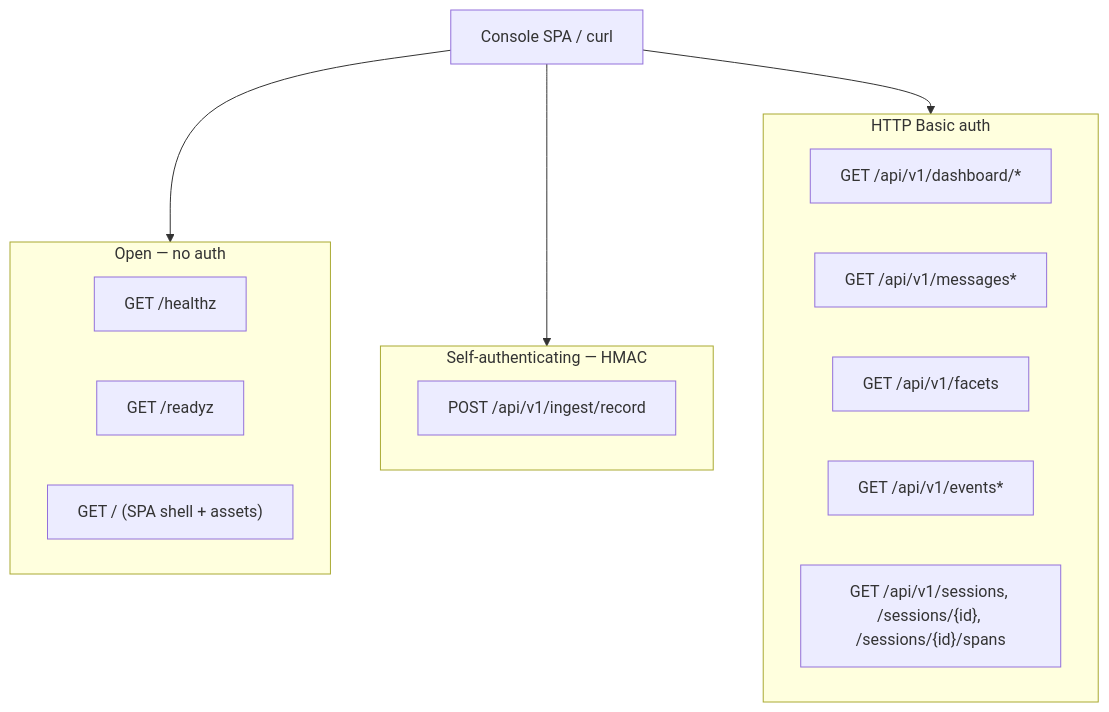
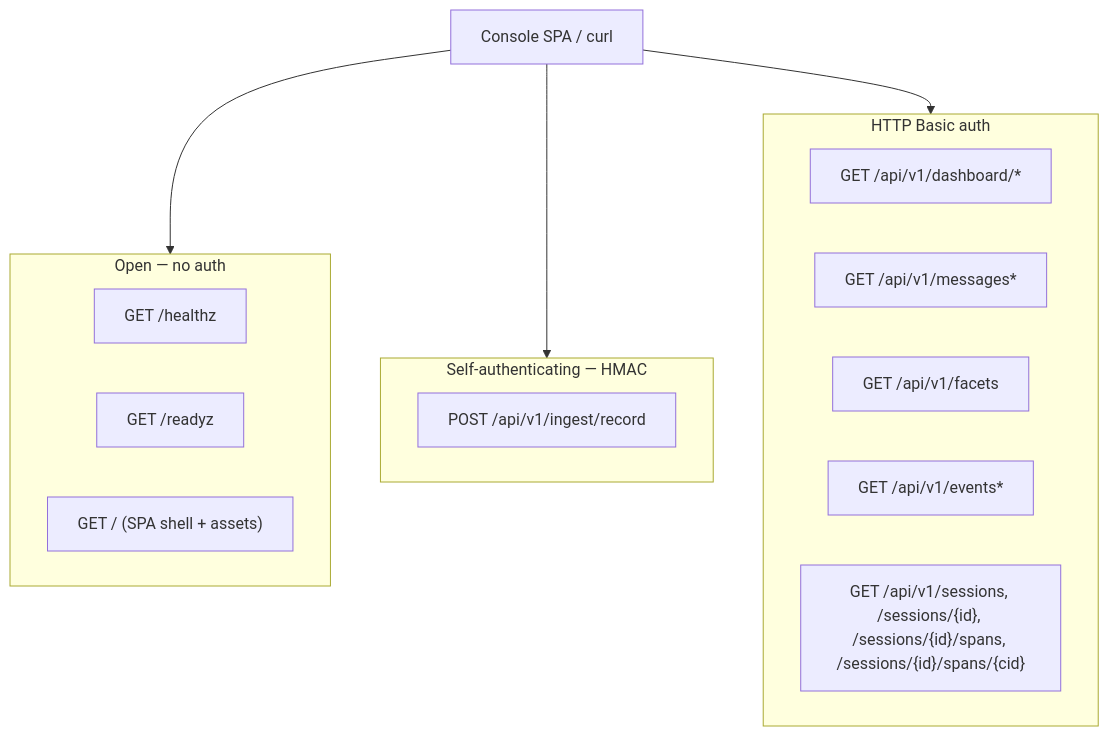
One commit to andyjmorgan/slipspace-gateway changed the diagram in docs/telemetry-service-api.md. Above: the diagram before and after it, drawn with Mermaid. The commit also changed other lines of this file and 11 other files, not shown here.

````diff
--- a/docs/telemetry-service-api.md
+++ b/docs/telemetry-service-api.md
@@ -23,22 +23,22 @@
 ```mermaid
 flowchart TD
   client[Console SPA / curl]
   subgraph open[Open — no auth]
     health["GET /healthz"]
     ready["GET /readyz"]
     spa["GET / (SPA shell + assets)"]
   end
   subgraph hmac[Self-authenticating — HMAC]
     ingest["POST /api/v1/ingest/record"]
   end
   subgraph gated[HTTP Basic auth]
     dash["GET /api/v1/dashboard/*"]
     msgs["GET /api/v1/messages*"]
     facets["GET /api/v1/facets"]
     events["GET /api/v1/events*"]
-    sessions["GET /api/v1/sessions, /sessions/{id}, /sessions/{id}/spans"]
+    sessions["GET /api/v1/sessions, /sessions/{id}, /sessions/{id}/spans, /sessions/{id}/spans/{cid}"]
   end
   client --> open
   client --> hmac
   client --> gated
 ```
````
